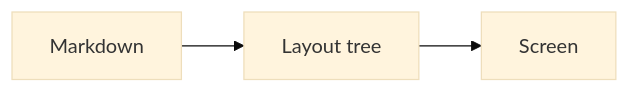
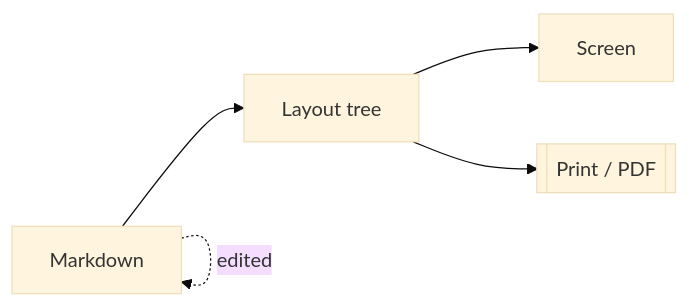
One commit to m3repo/mdvu changed the fifth of 6 diagrams in samples/showcase.md. Above: the diagram before and after it, drawn with Mermaid (base theme). The commit also changed other lines of this file and 5 other files, not shown here.

Commit message:
docs: flowcharts (Mermaid flowchart/graph subset)

````diff
--- a/samples/showcase.md
+++ b/samples/showcase.md
@@ -246,4 +228,6 @@
 ```mermaid
 flowchart LR
-  A[Markdown] --> B[Layout tree] --> C[Screen]
+    A[Markdown] --> B[Layout tree] --> C[Screen]
+    B --> D[[Print / PDF]]
+    A -. edited .-> A
 ```
````
